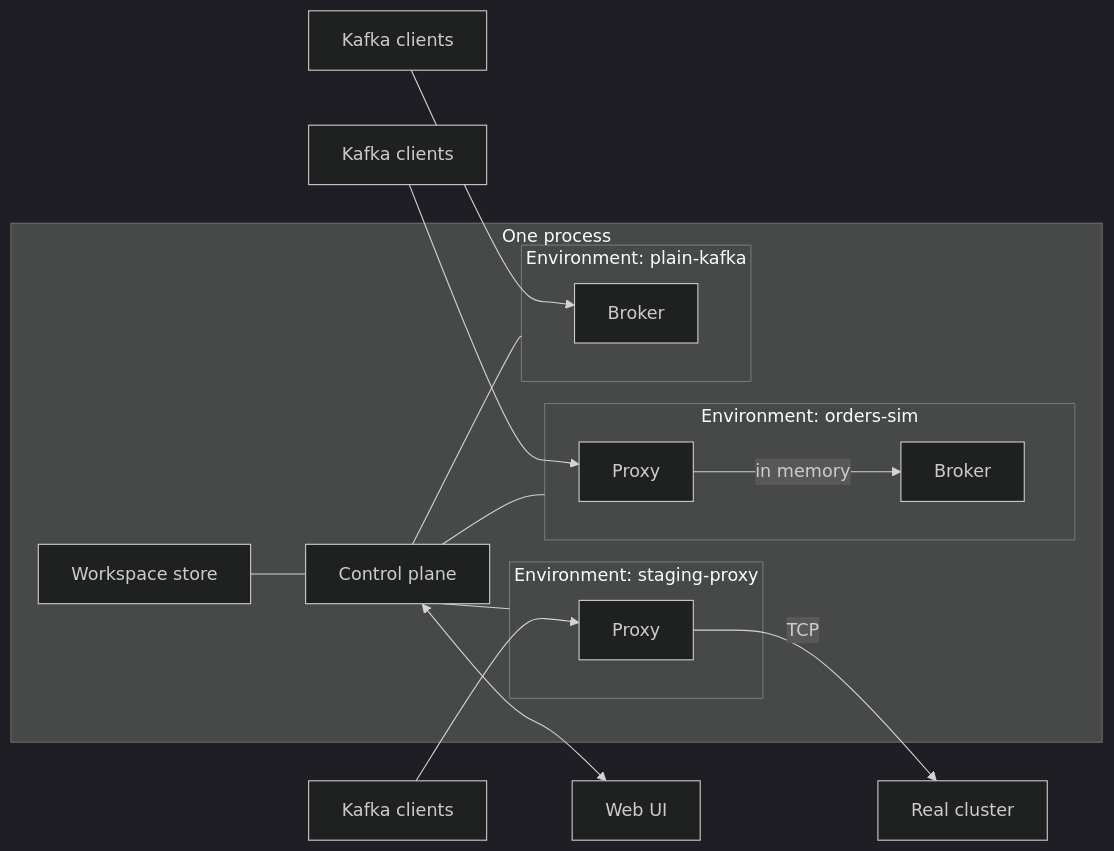
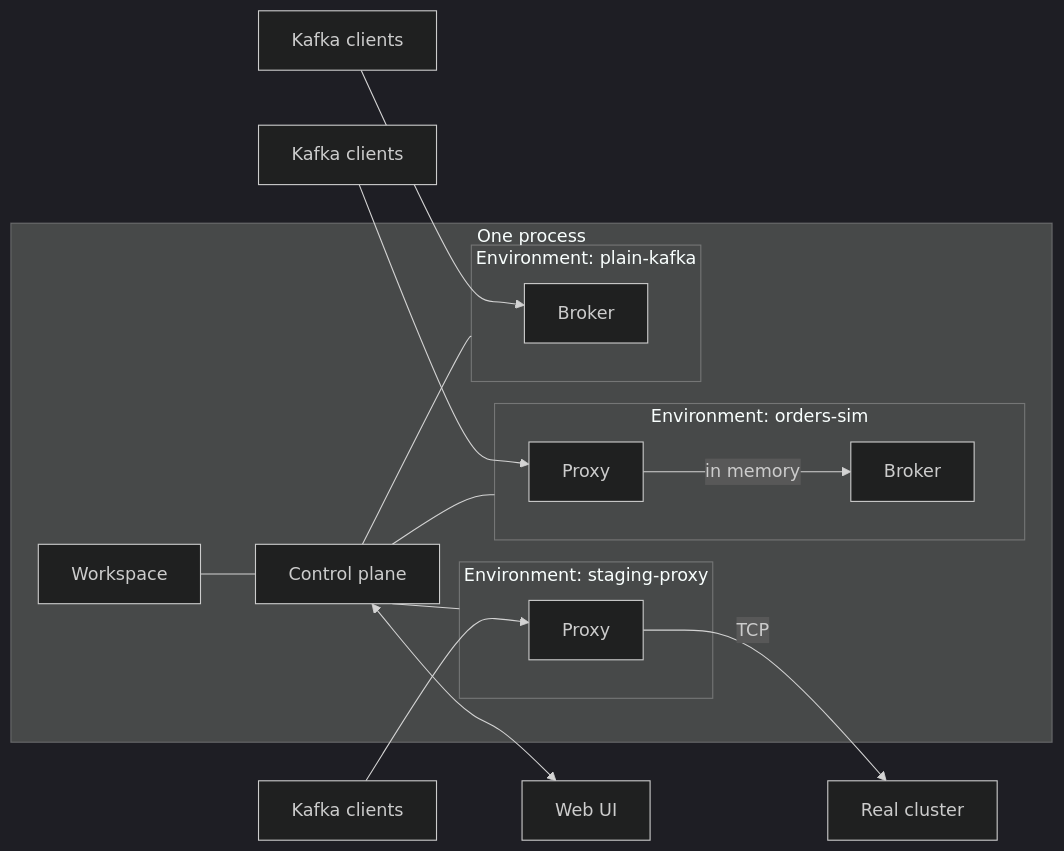
One commit to cruxy-eu/gaslightmq changed the second of 2 diagrams in docs/specs/architecture/README.md. Above: the diagram before and after it, drawn with Mermaid (dark theme). The commit also changed other lines of this file and 73 other files, not shown here.

First line of the commit message:
feat(definition): each domain owns its store, and the workspace works over them (#64)

````diff
--- a/docs/specs/architecture/README.md
+++ b/docs/specs/architecture/README.md
@@ -146,25 +146,25 @@
 ```mermaid
 flowchart LR
   c1["Kafka clients"] --> p1
   c2["Kafka clients"] --> p2
   c3["Kafka clients"] --> b2
 
   subgraph process["One process"]
     subgraph e1["Environment: staging-proxy"]
       p1["Proxy"]
     end
     subgraph e2["Environment: orders-sim"]
       p2["Proxy"] -->|in memory| b1["Broker"]
     end
     subgraph e3["Environment: plain-kafka"]
       b2["Broker"]
     end
     cp["Control plane"] --- e1
     cp --- e2
     cp --- e3
-    ws["Workspace store"] --- cp
+    ws["Workspace"] --- cp
   end
 
   p1 -->|TCP| kafka["Real cluster"]
   cp <--> ui["Web UI"]
 ```
````
